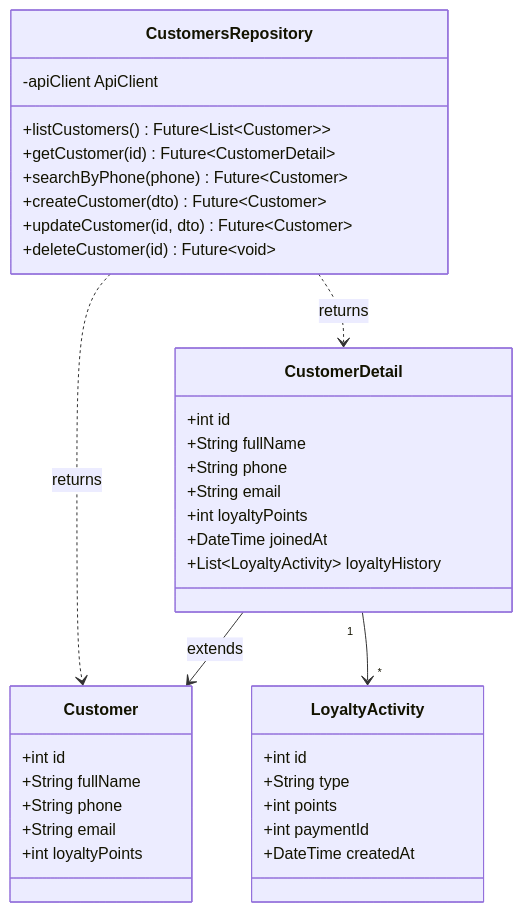
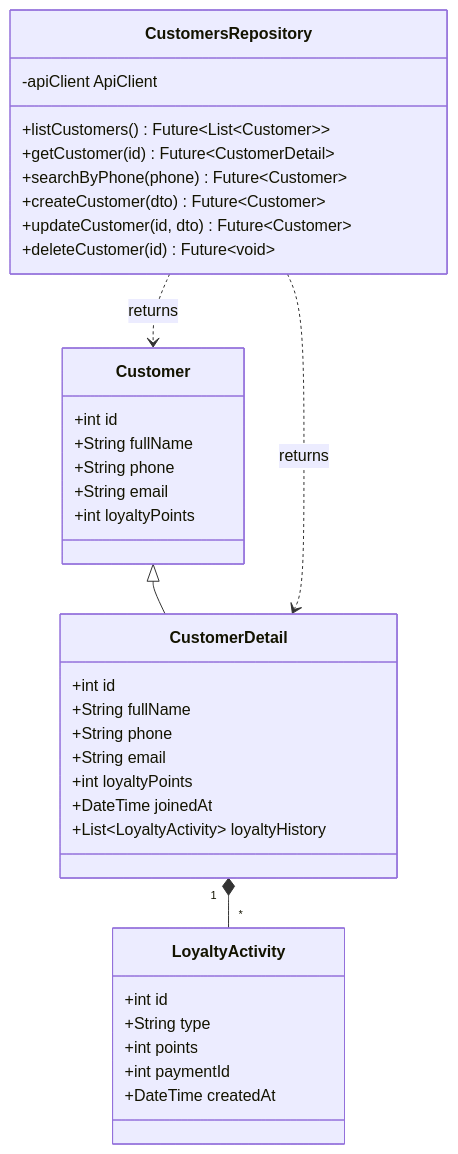
One commit to callmehai/Cafe-Shop-Management-System changed diagram 14 of 17 in docs/class-diagrams.md. Above: the diagram before and after it, drawn with Mermaid. The commit also changed other lines of this file, not shown here.

First line of the commit message:
docs: fix class diagram relationship arrow types

````diff
--- a/docs/class-diagrams.md
+++ b/docs/class-diagrams.md
@@ -802,43 +818,43 @@
 ```mermaid
 classDiagram
     class LoyaltyActivity {
         +int id
         +String type
         +int points
         +int paymentId
         +DateTime createdAt
     }
 
     class CustomerDetail {
         +int id
         +String fullName
         +String phone
         +String email
         +int loyaltyPoints
         +DateTime joinedAt
         +List~LoyaltyActivity~ loyaltyHistory
     }
 
     class Customer {
         +int id
         +String fullName
         +String phone
         +String email
         +int loyaltyPoints
     }
 
     class CustomersRepository {
         -apiClient ApiClient
         +listCustomers() Future~List~Customer~~
         +getCustomer(id) Future~CustomerDetail~
         +searchByPhone(phone) Future~Customer~
         +createCustomer(dto) Future~Customer~
         +updateCustomer(id, dto) Future~Customer~
         +deleteCustomer(id) Future~void~
     }
 
-    CustomerDetail --> Customer : extends
-    CustomerDetail "1" --> "*" LoyaltyActivity
+    Customer <|-- CustomerDetail
+    CustomerDetail "1" *-- "*" LoyaltyActivity
     CustomersRepository ..> Customer : returns
     CustomersRepository ..> CustomerDetail : returns
 ```
````
